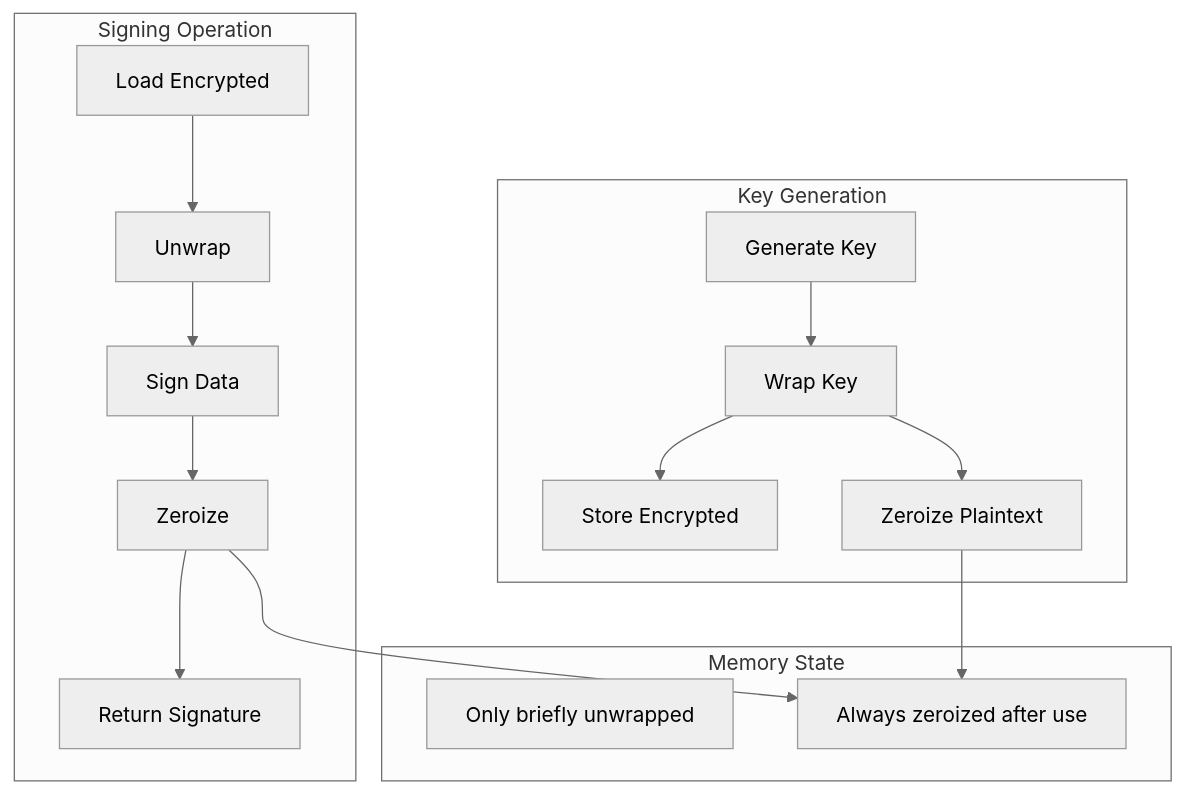
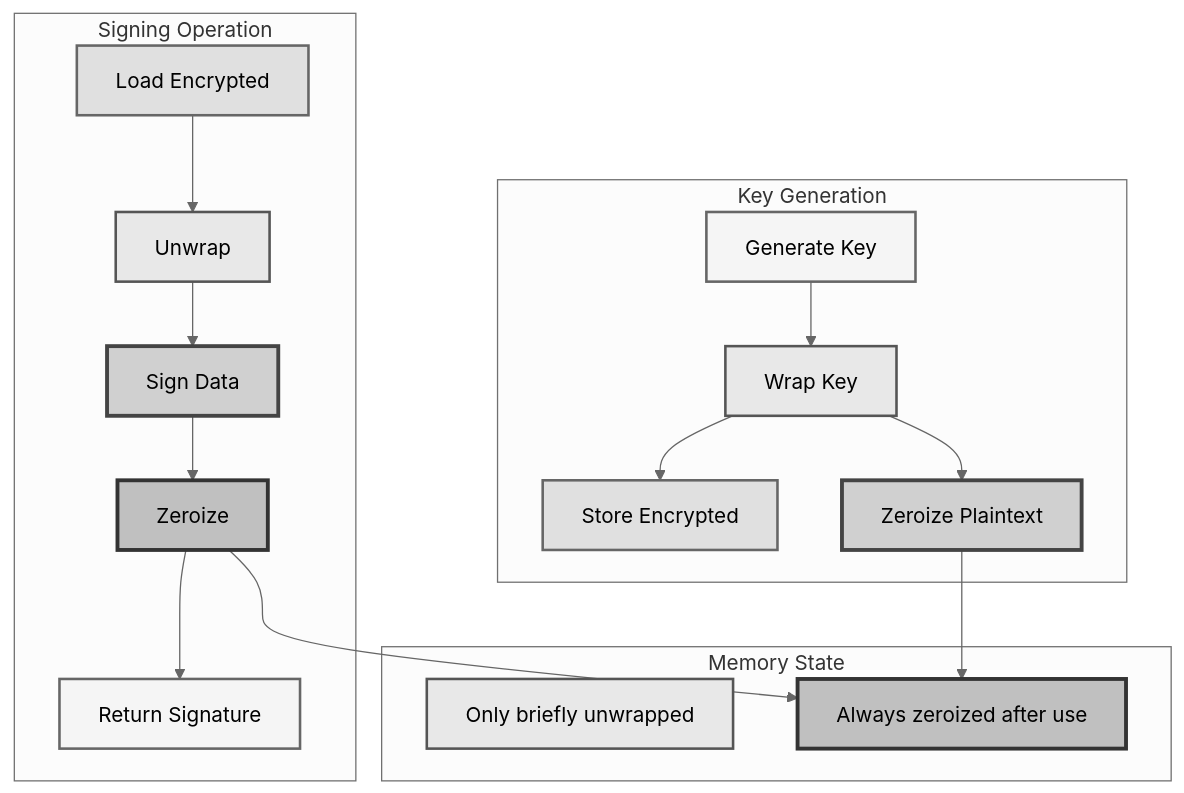
One commit to ehanoc/softKMS changed the eighth of 10 diagrams in docs/SECURITY_MODEL.md. Above: the diagram before and after it, drawn with Mermaid (neutral theme). The commit also changed other lines of this file and 3 other files, not shown here.

First line of the commit message:
docs: Standardize all Mermaid diagrams with muted grayscale colors

````diff
--- a/docs/SECURITY_MODEL.md
+++ b/docs/SECURITY_MODEL.md
@@ -323,23 +325,35 @@
 ```mermaid
 flowchart TB
     subgraph Generation["Key Generation"]
         G1[Generate Key] --> G2[Wrap Key]
         G2 --> G3[Store Encrypted]
         G2 --> G4[Zeroize Plaintext]
     end
     
     subgraph Signing["Signing Operation"]
         S1[Load Encrypted] --> S2[Unwrap]
         S2 --> S3[Sign Data]
         S3 --> S4[Zeroize]
         S4 --> S5[Return Signature]
     end
     
     subgraph Memory["Memory State"]
         M1[Only briefly unwrapped]
         M2[Always zeroized after use]
     end
     
     G4 --> M2
     S4 --> M2
+    
+    style G1 fill:#f5f5f5,stroke:#666,stroke-width:2px
+    style G2 fill:#e8e8e8,stroke:#555,stroke-width:2px
+    style G3 fill:#e0e0e0,stroke:#666,stroke-width:2px
+    style G4 fill:#d0d0d0,stroke:#444,stroke-width:3px
+    style S1 fill:#e0e0e0,stroke:#666,stroke-width:2px
+    style S2 fill:#e8e8e8,stroke:#555,stroke-width:2px
+    style S3 fill:#d0d0d0,stroke:#444,stroke-width:3px
+    style S4 fill:#c0c0c0,stroke:#333,stroke-width:3px
+    style S5 fill:#f5f5f5,stroke:#666,stroke-width:2px
+    style M1 fill:#e8e8e8,stroke:#555,stroke-width:2px
+    style M2 fill:#c0c0c0,stroke:#333,stroke-width:3px
 ```
````
